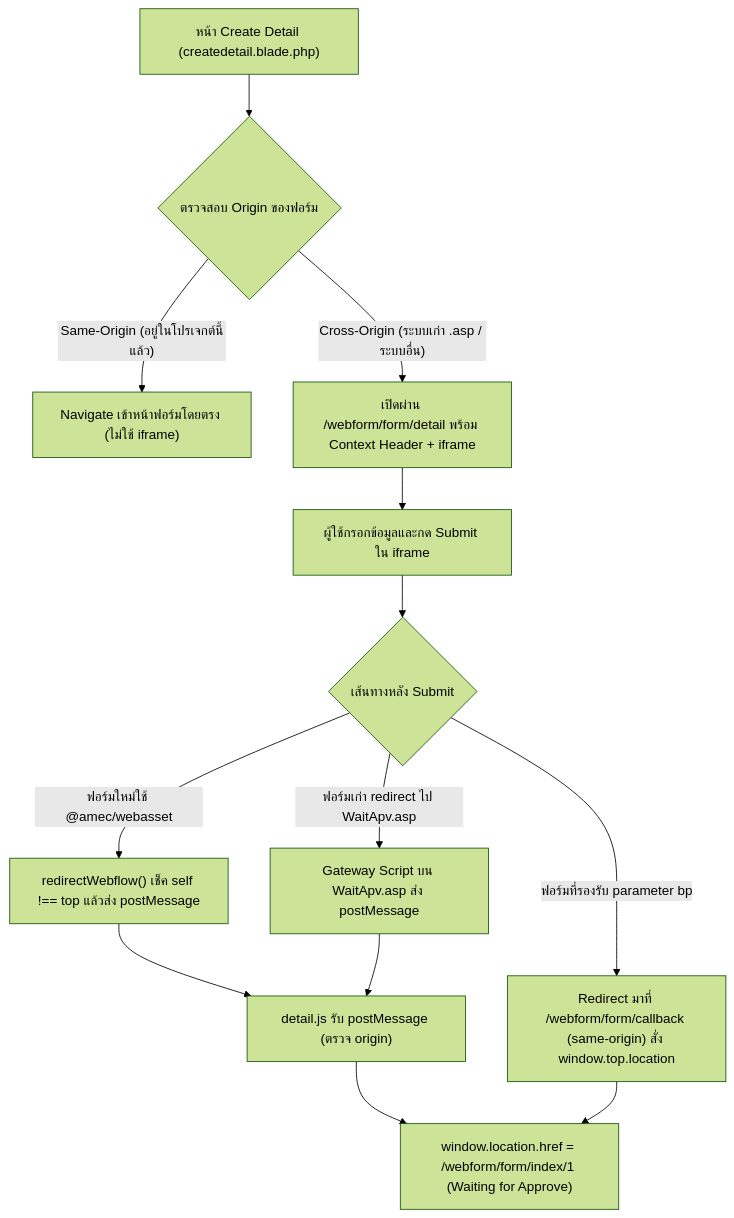
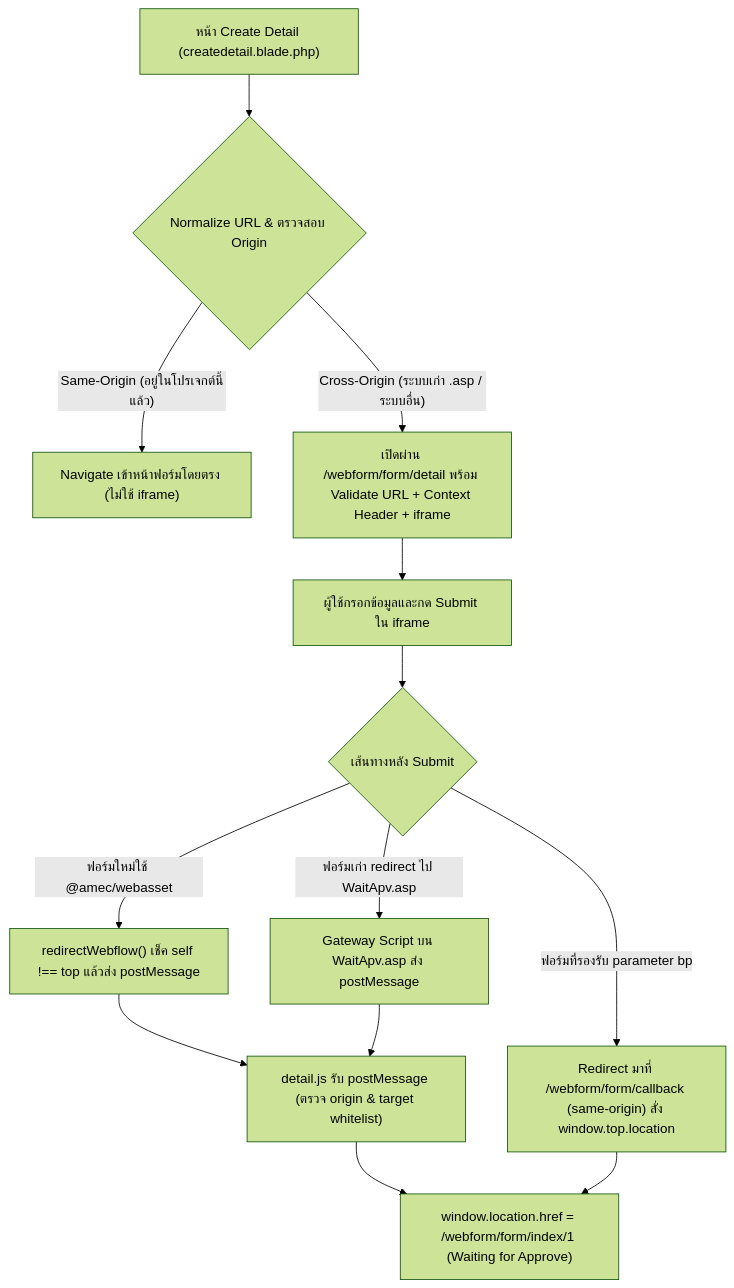
Before and after one commit to mconthelock/form: the diagram in docs/iframe-ux-redirect-plan.md, drawn with Mermaid (forest theme). The commit also changed other lines of this file and 6 other files, not shown here.

````diff
--- a/docs/iframe-ux-redirect-plan.md
+++ b/docs/iframe-ux-redirect-plan.md
@@ -14,17 +19,17 @@
 ```mermaid
 flowchart TD
-    A["หน้า Create Detail (createdetail.blade.php)"] --> B{"ตรวจสอบ Origin ของฟอร์ม"}
+    A["หน้า Create Detail (createdetail.blade.php)"] --> B{"Normalize URL & ตรวจสอบ Origin"}
     B -- "Same-Origin (อยู่ในโปรเจกต์นี้แล้ว)" --> C["Navigate เข้าหน้าฟอร์มโดยตรง (ไม่ใช้ iframe)"]
-    B -- "Cross-Origin (ระบบเก่า .asp / ระบบอื่น)" --> D["เปิดผ่าน /webform/form/detail พร้อม Context Header + iframe"]
+    B -- "Cross-Origin (ระบบเก่า .asp / ระบบอื่น)" --> D["เปิดผ่าน /webform/form/detail พร้อม Validate URL + Context Header + iframe"]
 
     D --> E["ผู้ใช้กรอกข้อมูลและกด Submit ใน iframe"]
     E --> F{"เส้นทางหลัง Submit"}
     F -- "ฟอร์มใหม่ใช้ @amec/webasset" --> G["redirectWebflow() เช็ค self !== top แล้วส่ง postMessage"]
     F -- "ฟอร์มเก่า redirect ไป WaitApv.asp" --> H["Gateway Script บน WaitApv.asp ส่ง postMessage"]
     F -- "ฟอร์มที่รองรับ parameter bp" --> I["Redirect มาที่ /webform/form/callback (same-origin) สั่ง window.top.location"]
 
-    G --> J["detail.js รับ postMessage (ตรวจ origin)"]
+    G --> J["detail.js รับ postMessage (ตรวจ origin & target whitelist)"]
     H --> J
     J --> K["window.location.href = /webform/form/index/1 (Waiting for Approve)"]
     I --> K
 ```
````
